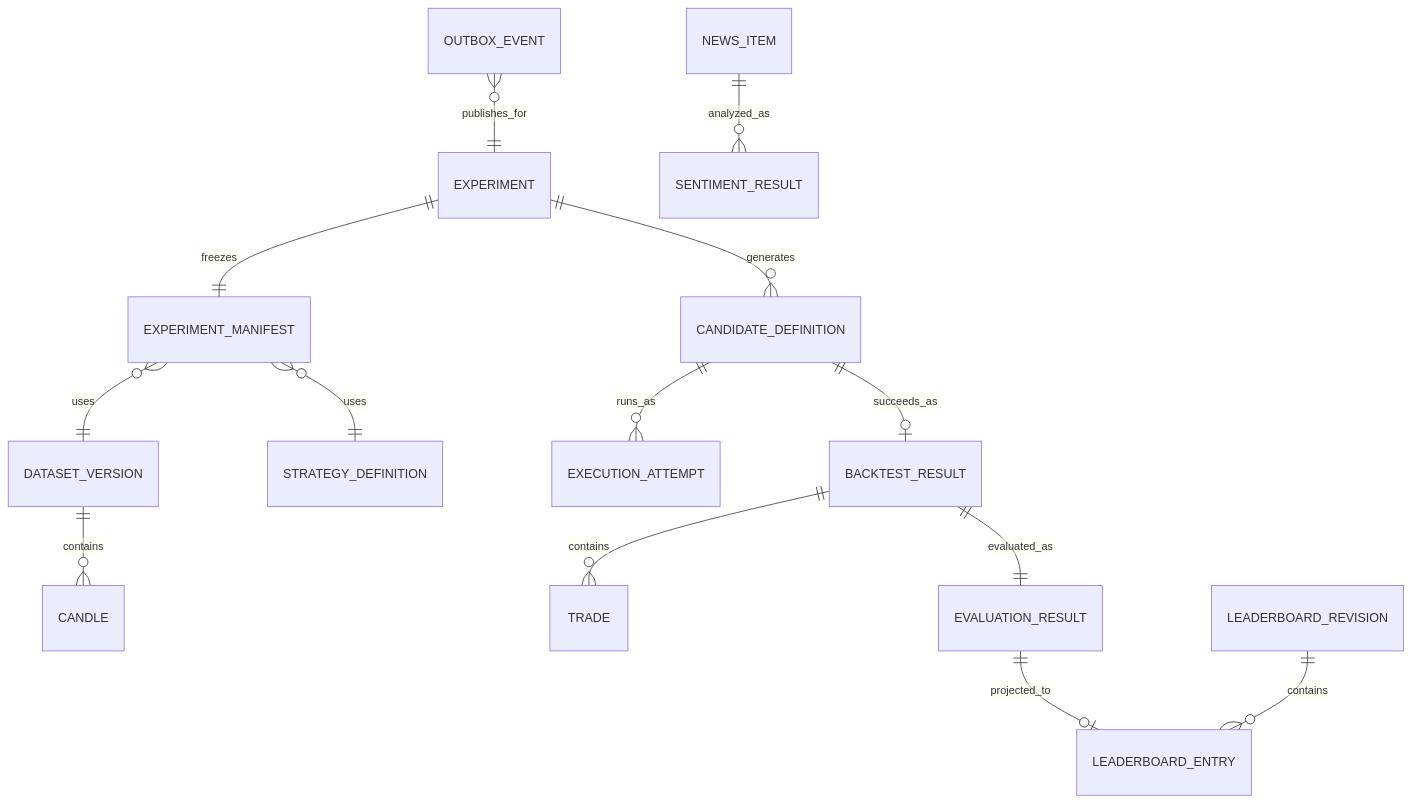
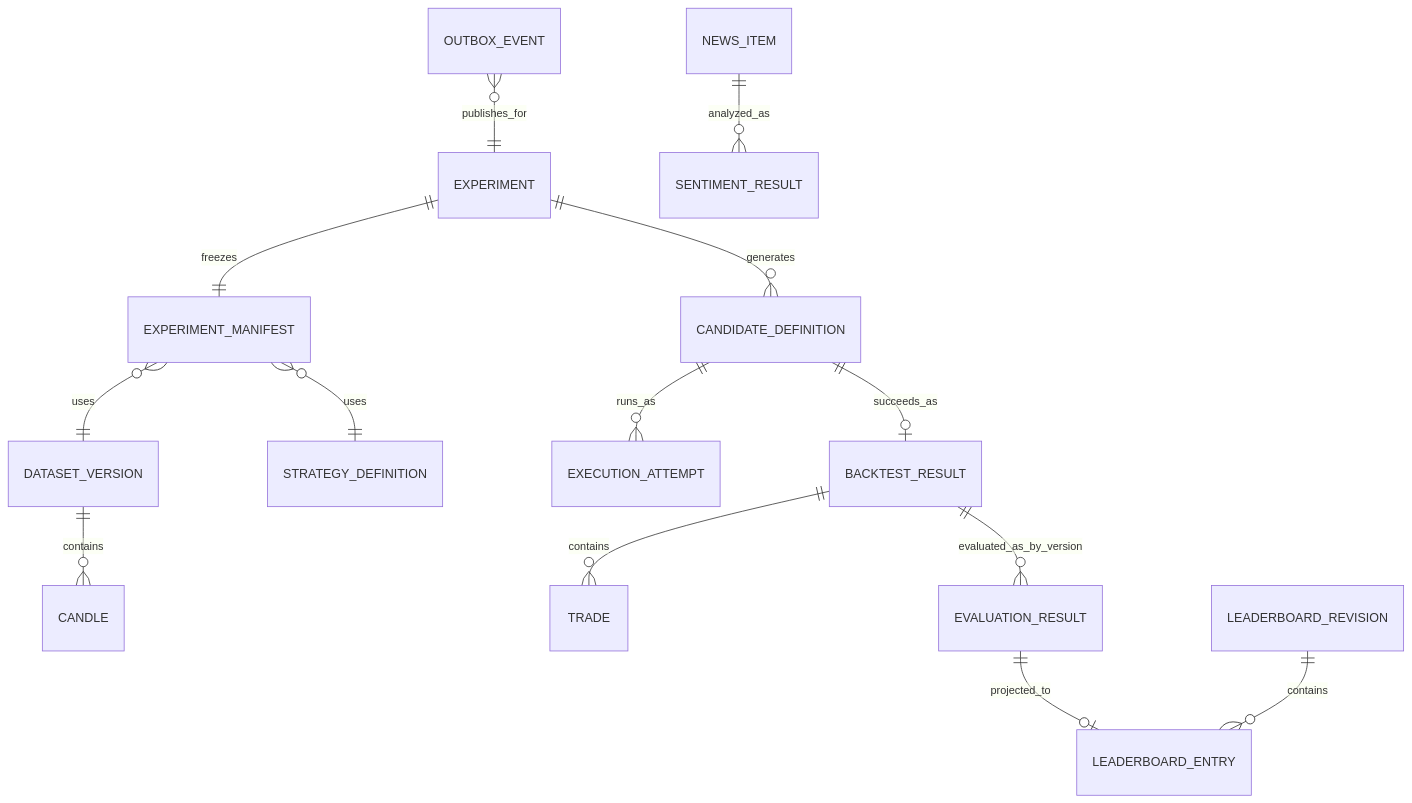
The first of 4 diagrams in docs/architecture/data-model-overview.md (PhamVanMinhBinhThuan/crypto-strategy-platform), drawn with Mermaid before and after one commit. The commit also changed other lines of this file and 18 other files, not shown here.

````diff
--- a/docs/architecture/data-model-overview.md
+++ b/docs/architecture/data-model-overview.md
@@ -13,16 +13,16 @@
 ```mermaid
 erDiagram
     DATASET_VERSION ||--o{ CANDLE : contains
     EXPERIMENT ||--|| EXPERIMENT_MANIFEST : freezes
     EXPERIMENT_MANIFEST }o--|| DATASET_VERSION : uses
     EXPERIMENT_MANIFEST }o--|| STRATEGY_DEFINITION : uses
     EXPERIMENT ||--o{ CANDIDATE_DEFINITION : generates
     CANDIDATE_DEFINITION ||--o{ EXECUTION_ATTEMPT : runs_as
     CANDIDATE_DEFINITION ||--o| BACKTEST_RESULT : succeeds_as
     BACKTEST_RESULT ||--o{ TRADE : contains
-    BACKTEST_RESULT ||--|| EVALUATION_RESULT : evaluated_as
+    BACKTEST_RESULT ||--o{ EVALUATION_RESULT : evaluated_as_by_version
     EVALUATION_RESULT ||--o| LEADERBOARD_ENTRY : projected_to
     LEADERBOARD_REVISION ||--o{ LEADERBOARD_ENTRY : contains
     NEWS_ITEM ||--o{ SENTIMENT_RESULT : analyzed_as
     OUTBOX_EVENT }o--|| EXPERIMENT : publishes_for
 ```
````
